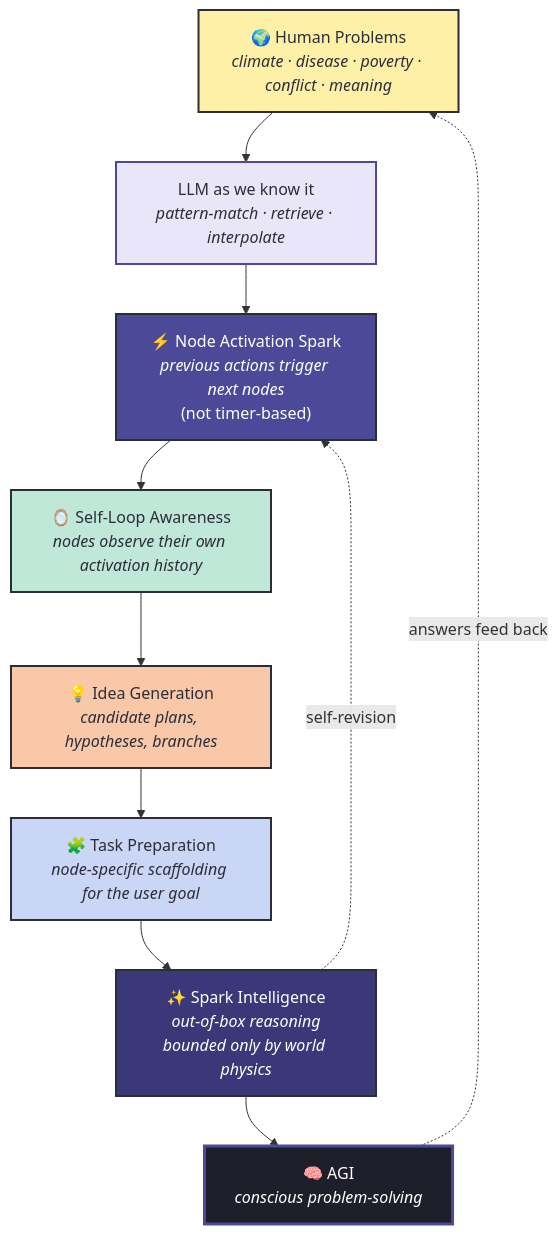
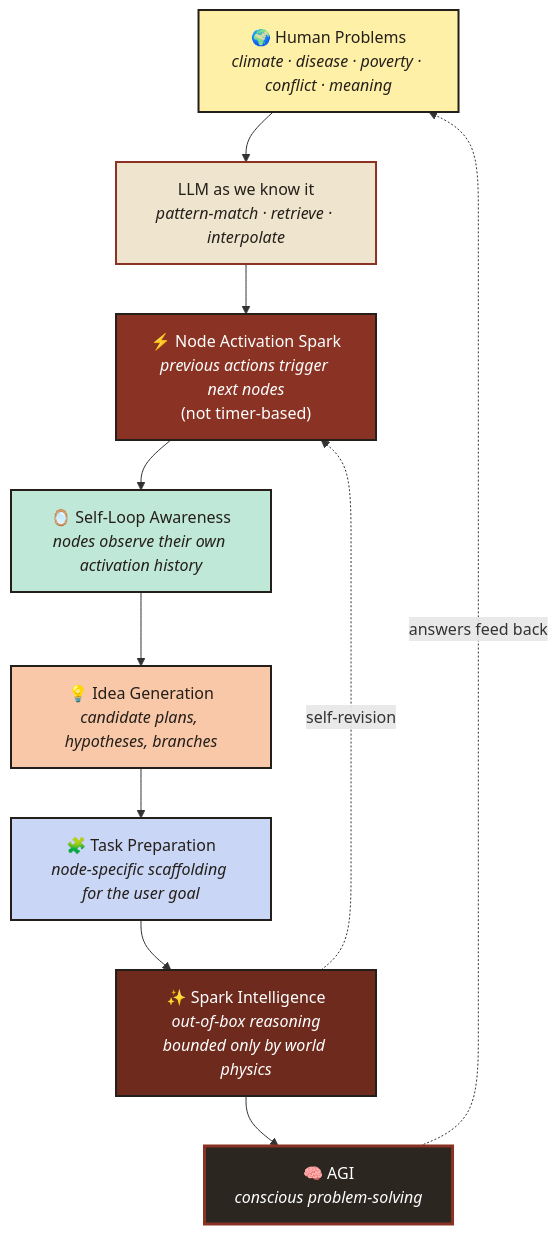
The first of 4 diagrams in blog/2026-05-16-quest-for-agi/index.qmd (kader-xai/kader-xai.github.io), drawn with Mermaid before and after one commit. The commit also changed other lines of this file and 12 other files, not shown here.

````diff
--- a/blog/2026-05-16-quest-for-agi/index.qmd
+++ b/blog/2026-05-16-quest-for-agi/index.qmd
@@ -28,30 +28,30 @@
 ```{mermaid}
 flowchart TD
     H["🌍 Human Problems<br/><i>climate · disease · poverty · conflict · meaning</i>"]:::input
     L["LLM as we know it<br/><i>pattern-match · retrieve · interpolate</i>"]:::current
     NA["⚡ Node Activation Spark<br/><i>previous actions trigger next nodes</i><br/>(not timer-based)"]:::spark
     SL["🪞 Self-Loop Awareness<br/><i>nodes observe their own activation history</i>"]:::aware
     IG["💡 Idea Generation<br/><i>candidate plans, hypotheses, branches</i>"]:::idea
     TP["🧩 Task Preparation<br/><i>node-specific scaffolding for the user goal</i>"]:::prep
     SI["✨ Spark Intelligence<br/><i>out-of-box reasoning</i><br/><i>bounded only by world physics</i>"]:::spark2
     AGI["🧠 AGI<br/><i>conscious problem-solving</i>"]:::agi
 
     H --> L
     L --> NA
     NA --> SL
     SL --> IG
     IG --> TP
     TP --> SI
     SI --> AGI
     AGI -. "answers feed back" .-> H
     SI -. "self-revision" .-> NA
 
-    classDef input fill:#FFF0A8,stroke:#2d2d3a,stroke-width:2px,color:#2d2d3a;
-    classDef current fill:#E8E6F8,stroke:#4C4A98,stroke-width:2px,color:#2d2d3a;
-    classDef spark fill:#4C4A98,stroke:#2d2d3a,stroke-width:2px,color:#ffffff;
-    classDef aware fill:#BFE8D9,stroke:#2d2d3a,stroke-width:2px,color:#2d2d3a;
-    classDef idea fill:#F8C8A8,stroke:#2d2d3a,stroke-width:2px,color:#2d2d3a;
-    classDef prep fill:#C9D6F5,stroke:#2d2d3a,stroke-width:2px,color:#2d2d3a;
-    classDef spark2 fill:#3a3878,stroke:#2d2d3a,stroke-width:2px,color:#ffffff;
-    classDef agi fill:#1f1f2c,stroke:#4C4A98,stroke-width:3px,color:#ffffff;
+    classDef input fill:#FFF0A8,stroke:#241f1a,stroke-width:2px,color:#241f1a;
+    classDef current fill:#efe4cd,stroke:#8a3324,stroke-width:2px,color:#241f1a;
+    classDef spark fill:#8a3324,stroke:#241f1a,stroke-width:2px,color:#ffffff;
+    classDef aware fill:#BFE8D9,stroke:#241f1a,stroke-width:2px,color:#241f1a;
+    classDef idea fill:#F8C8A8,stroke:#241f1a,stroke-width:2px,color:#241f1a;
+    classDef prep fill:#C9D6F5,stroke:#241f1a,stroke-width:2px,color:#241f1a;
+    classDef spark2 fill:#6e2a1d,stroke:#241f1a,stroke-width:2px,color:#ffffff;
+    classDef agi fill:#2b2620,stroke:#8a3324,stroke-width:3px,color:#ffffff;
 ```
````
